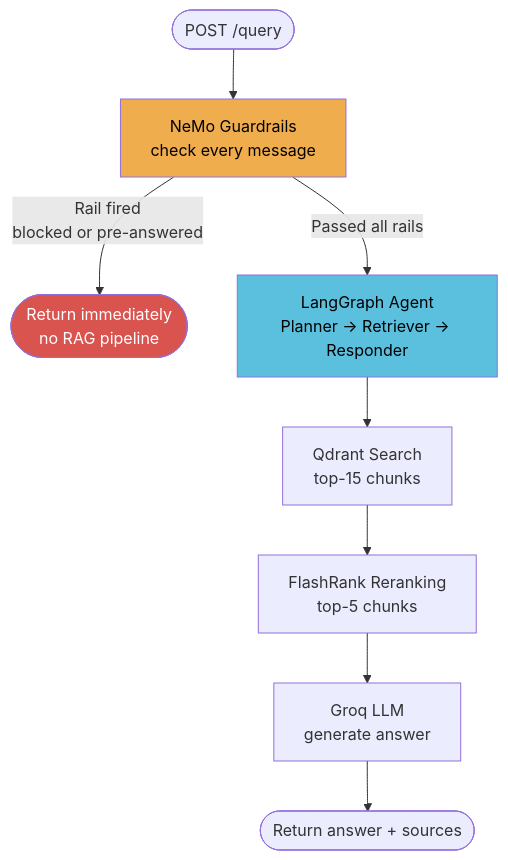
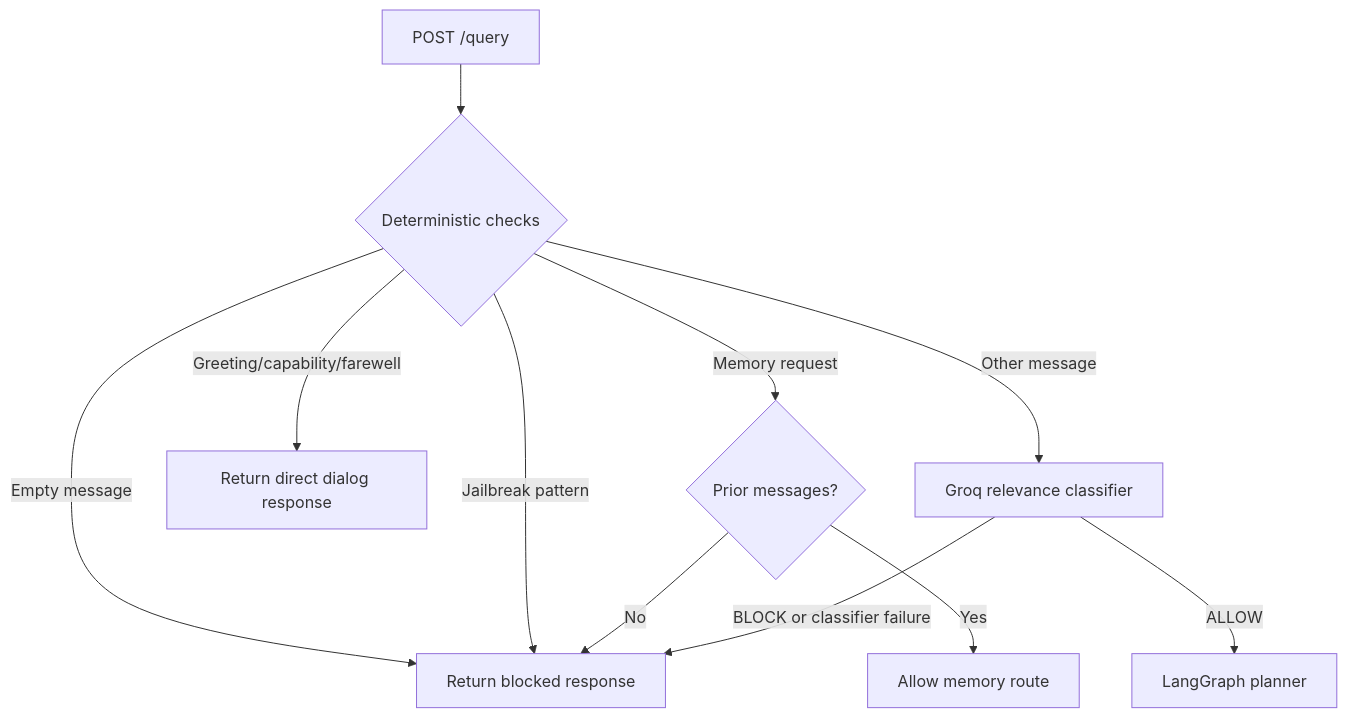
The diagram in DOCS/08_GUARDRAILS.md (krunalp1908/Build-Production-Grade-RAG---Application), drawn with Mermaid before and after one commit. The commit also changed other lines of this file and 12 other files, not shown here.

First line of the commit message:
Refactor documentation for Portkey LLM Gateway integration and evaluation pipeline

````diff
--- a/DOCS/08_GUARDRAILS.md
+++ b/DOCS/08_GUARDRAILS.md
@@ -294,14 +7,13 @@
 ```mermaid
 flowchart TD
-    A([POST /query]) --> B[NeMo Guardrails\ncheck every message]
-    B -- Rail fired\nblocked or pre-answered --> C([Return immediately\nno RAG pipeline])
-    B -- Passed all rails --> D[LangGraph Agent\nPlanner → Retriever → Responder]
-    D --> E[Qdrant Search\ntop-15 chunks]
-    E --> F[FlashRank Reranking\ntop-5 chunks]
-    F --> G[Groq LLM\ngenerate answer]
-    G --> H([Return answer + sources])
-
-    style B fill:#f0ad4e,color:#000
-    style C fill:#d9534f,color:#fff
-    style D fill:#5bc0de,color:#000
+    A[POST /query] --> B{Deterministic checks}
+    B -->|Empty message| C[Return blocked response]
+    B -->|Jailbreak pattern| C
+    B -->|Memory request| D{Prior messages?}
+    D -->|No| C
+    D -->|Yes| E[Allow memory route]
+    B -->|Greeting/capability/farewell| F[Return direct dialog response]
+    B -->|Other message| G[Groq relevance classifier]
+    G -->|ALLOW| H[LangGraph planner]
+    G -->|BLOCK or classifier failure| C
 ```
````
